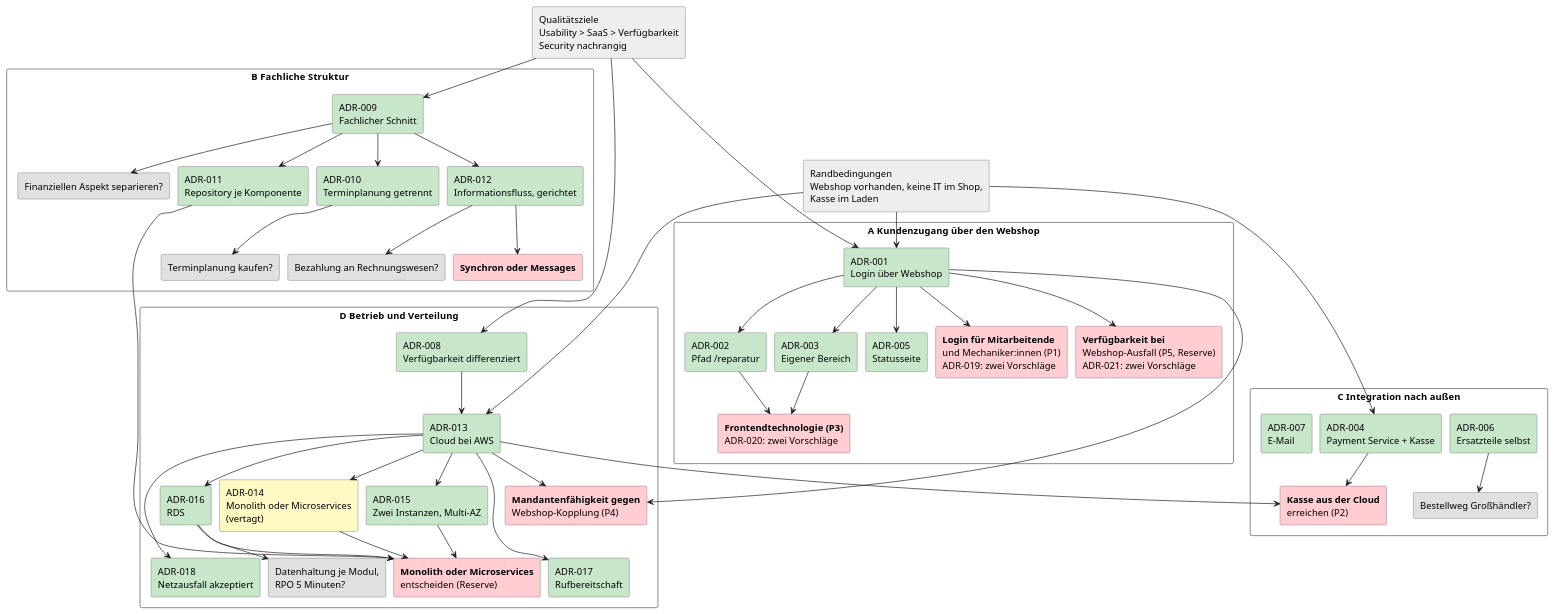
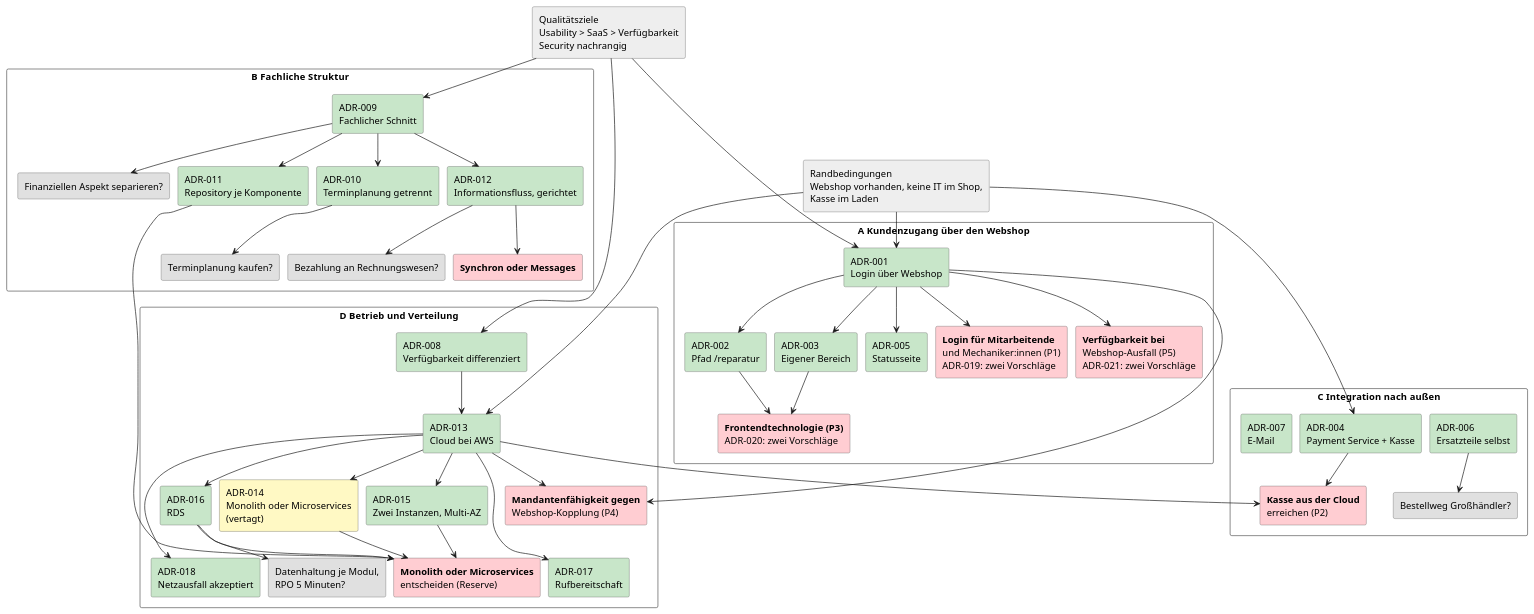
One commit to LLM-Coding/fahrrad-reparatur-architektur changed the diagram in src/docs/arc42/chapters/09_architecture_decisions.adoc. Above: the diagram before and after it, drawn with PlantUML. The commit also changed other lines of this file and 4 other files, not shown here.

```diff
--- a/src/docs/arc42/chapters/09_architecture_decisions.adoc
+++ b/src/docs/arc42/chapters/09_architecture_decisions.adoc
@@ -71,7 +71,7 @@
   rectangle "ADR-003\nEigener Bereich" as a3 #C8E6C9
   rectangle "ADR-005\nStatusseite" as a5 #C8E6C9
   rectangle "<b>Login für Mitarbeitende\nund Mechaniker:innen (P1)\nADR-019: zwei Vorschläge" as f1 #FFCDD2
-  rectangle "<b>Verfügbarkeit bei\nWebshop-Ausfall (P5, Reserve)\nADR-021: zwei Vorschläge" as f6 #FFCDD2
+  rectangle "<b>Verfügbarkeit bei\nWebshop-Ausfall (P5)\nADR-021: zwei Vorschläge" as f6 #FFCDD2
   rectangle "<b>Frontendtechnologie (P3)\nADR-020: zwei Vorschläge" as f7 #FFCDD2
 }
 
```
